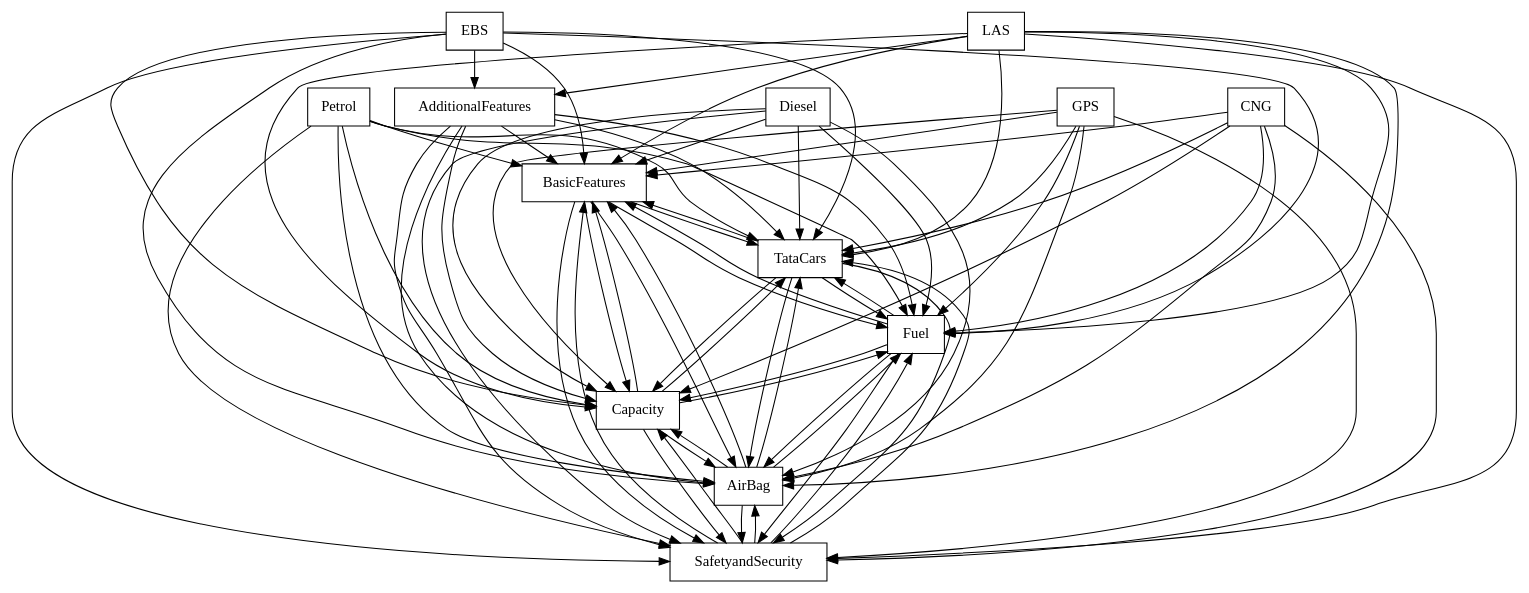
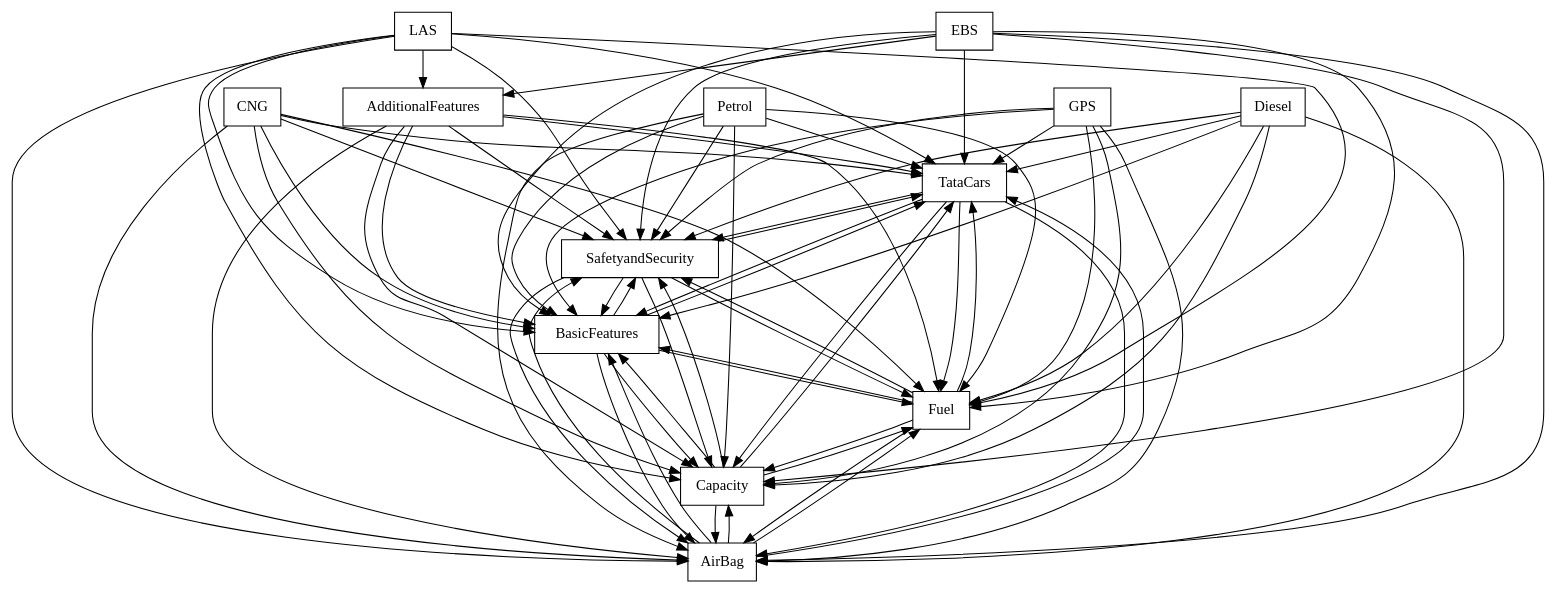
Before and after one commit to FAMILIAR-project/familiar-language: the diagram in FAMILIAR/output/SPLOT-big/fm_62_model_20110127_1318390760.xml.dot, drawn with Graphviz. The commit also changed 69 other files, not shown here.

```diff
--- a/FAMILIAR/output/SPLOT-big/fm_62_model_20110127_1318390760.xml.dot
+++ b/FAMILIAR/output/SPLOT-big/fm_62_model_20110127_1318390760.xml.dot
@@ -1,92 +1,92 @@
 digraph{
 graph [rankdir=TB];
 node [shape=box];
 edge [arrowhead=normal];
-0[label="Petrol",]
-1[label="EBS",]
-2[label="BasicFeatures",]
-3[label="LAS",]
-4[label="TataCars",]
-5[label="SafetyandSecurity",]
-6[label="CNG",]
-7[label="AirBag",]
-8[label="Diesel",]
-9[label="Capacity",]
-10[label="GPS",]
-11[label="Fuel",]
+0[label="LAS",]
+1[label="Petrol",]
+2[label="TataCars",]
+3[label="EBS",]
+4[label="SafetyandSecurity",]
+5[label="CNG",]
+6[label="AirBag",]
+7[label="Diesel",]
+8[label="Capacity",]
+9[label="GPS",]
+10[label="Fuel",]
+11[label="BasicFeatures",]
 12[label="AdditionalFeatures",]
 0->2[label="",]
 0->4[label="",]
-0->5[label="",]
-0->7[label="",]
-0->9[label="",]
+0->6[label="",]
+0->8[label="",]
+0->10[label="",]
 0->11[label="",]
+0->12[label="",]
 1->2[label="",]
 1->4[label="",]
-1->5[label="",]
-1->7[label="",]
-1->9[label="",]
+1->6[label="",]
+1->8[label="",]
+1->10[label="",]
 1->11[label="",]
-1->12[label="",]
 2->4[label="",]
-2->5[label="",]
-2->7[label="",]
-2->9[label="",]
+2->6[label="",]
+2->8[label="",]
+2->10[label="",]
 2->11[label="",]
 3->2[label="",]
 3->4[label="",]
-3->5[label="",]
-3->7[label="",]
-3->9[label="",]
+3->6[label="",]
+3->8[label="",]
+3->10[label="",]
 3->11[label="",]
 3->12[label="",]
 4->2[label="",]
-4->5[label="",]
-4->7[label="",]
-4->9[label="",]
+4->6[label="",]
+4->8[label="",]
+4->10[label="",]
 4->11[label="",]
 5->2[label="",]
 5->4[label="",]
-5->7[label="",]
-5->9[label="",]
+5->6[label="",]
+5->8[label="",]
+5->10[label="",]
 5->11[label="",]
 6->2[label="",]
 6->4[label="",]
-6->5[label="",]
-6->7[label="",]
-6->9[label="",]
+6->8[label="",]
+6->10[label="",]
 6->11[label="",]
 7->2[label="",]
 7->4[label="",]
-7->5[label="",]
-7->9[label="",]
+7->6[label="",]
+7->8[label="",]
+7->10[label="",]
 7->11[label="",]
 8->2[label="",]
 8->4[label="",]
-8->5[label="",]
-8->7[label="",]
-8->9[label="",]
+8->6[label="",]
+8->10[label="",]
 8->11[label="",]
 9->2[label="",]
 9->4[label="",]
-9->5[label="",]
-9->7[label="",]
+9->6[label="",]
+9->8[label="",]
+9->10[label="",]
 9->11[label="",]
 10->2[label="",]
 10->4[label="",]
-10->5[label="",]
-10->7[label="",]
-10->9[label="",]
+10->6[label="",]
+10->8[label="",]
 10->11[label="",]
 11->2[label="",]
 11->4[label="",]
-11->5[label="",]
-11->7[label="",]
-11->9[label="",]
+11->6[label="",]
+11->8[label="",]
+11->10[label="",]
 12->2[label="",]
 12->4[label="",]
-12->5[label="",]
-12->7[label="",]
-12->9[label="",]
+12->6[label="",]
+12->8[label="",]
+12->10[label="",]
 12->11[label="",]
 }
```
